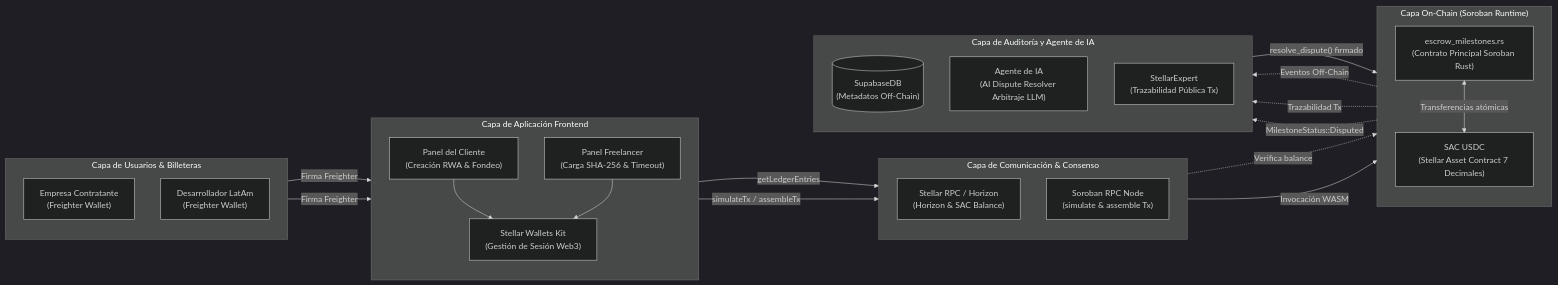
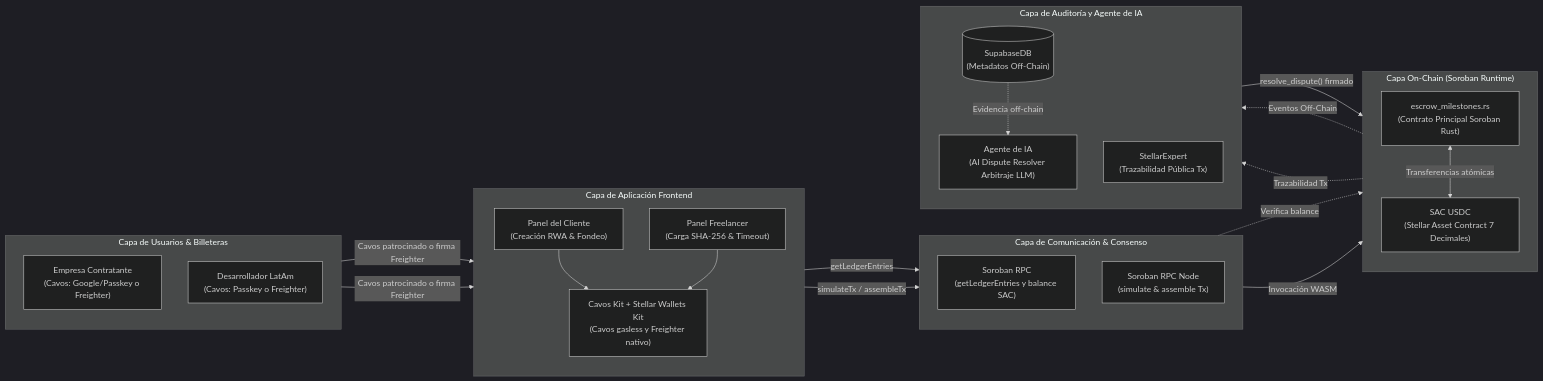
Before and after one commit to elizacl/AgreedPay: the first of 3 diagrams in docs/architecture.md, drawn with Mermaid (dark theme). The commit also changed other lines of this file and 4 other files, not shown here.

Commit message:
docs: document Cavos and Soroban integration

````diff
--- a/docs/architecture.md
+++ b/docs/architecture.md
@@ -49,58 +55,58 @@
 ```mermaid
 flowchart LR
     %% CAPA 1: USUARIOS Y BILLETERAS
     subgraph L1 ["Capa de Usuarios & Billeteras"]
         direction TB
-        ClientUser["Empresa Contratante<br/>(Freighter Wallet)"]
-        FreelancerUser["Desarrollador LatAm<br/>(Freighter Wallet)"]
+        ClientUser["Empresa Contratante<br/>(Cavos: Google/Passkey o Freighter)"]
+        FreelancerUser["Desarrollador LatAm<br/>(Cavos: Passkey o Freighter)"]
     end
 
     %% CAPA 2: APLICACIÓN FRONTEND
     subgraph L2 ["Capa de Aplicación Frontend"]
         direction TB
         ClientPanel["Panel del Cliente<br/>(Creación RWA & Fondeo)"]
-        WalletKit["Stellar Wallets Kit<br/>(Gestión de Sesión Web3)"]
+        WalletKit["Cavos Kit + Stellar Wallets Kit<br/>(Cavos gasless y Freighter nativo)"]
         FreelancerPanel["Panel Freelancer<br/>(Carga SHA-256 & Timeout)"]
     end
 
     %% CAPA 3: COMUNICACIÓN Y CONSENSO
     subgraph L3 ["Capa de Comunicación & Consenso"]
         direction TB
-        StellarRPC["Stellar RPC / Horizon<br/>(Horizon & SAC Balance)"]
+        StellarRPC["Soroban RPC<br/>(getLedgerEntries y balance SAC)"]
         SorobanRPC["Soroban RPC Node<br/>(simulate & assemble Tx)"]
     end
 
     %% CAPA 4: ON-CHAIN (SOROBAN RUNTIME)
     subgraph L4 ["Capa On-Chain (Soroban Runtime)"]
         direction TB
         SACUSDC["SAC USDC<br/>(Stellar Asset Contract 7 Decimales)"]
         EscrowContract["escrow_milestones.rs<br/>(Contrato Principal Soroban Rust)"]
     end
 
     %% CAPA 5: AUDITORÍA Y AGENTE DE IA
     subgraph L5 ["Capa de Auditoría y Agente de IA"]
         direction TB
         SupabaseDB[("SupabaseDB<br/>(Metadatos Off-Chain)")]
         AIAgent["Agente de IA<br/>(AI Dispute Resolver Arbitraje LLM)"]
         StellarExpert["StellarExpert<br/>(Trazabilidad Pública Tx)"]
     end
 
     %% CONEXIONES
-    ClientUser -->|"Firma Freighter"| ClientPanel
-    FreelancerUser -->|"Firma Freighter"| FreelancerPanel
+    ClientUser -->|"Cavos patrocinado o firma Freighter"| ClientPanel
+    FreelancerUser -->|"Cavos patrocinado o firma Freighter"| FreelancerPanel
     ClientPanel --> WalletKit
     FreelancerPanel --> WalletKit
 
     WalletKit -->|"getLedgerEntries"| StellarRPC
     WalletKit -->|"simulateTx / assembleTx"| SorobanRPC
 
     StellarRPC -.->|"Verifica balance"| SACUSDC
     SorobanRPC -->|"Invocación WASM"| EscrowContract
 
     EscrowContract <-->|"Transferencias atómicas"| SACUSDC
 
     SACUSDC -.->|"Eventos Off-Chain"| SupabaseDB
     EscrowContract -.->|"Trazabilidad Tx"| StellarExpert
     AIAgent -->|"resolve_dispute() firmado"| EscrowContract
-    EscrowContract -.->|"MilestoneStatus::Disputed"| AIAgent
+    SupabaseDB -.->|"Evidencia off-chain"| AIAgent
 ```
````
